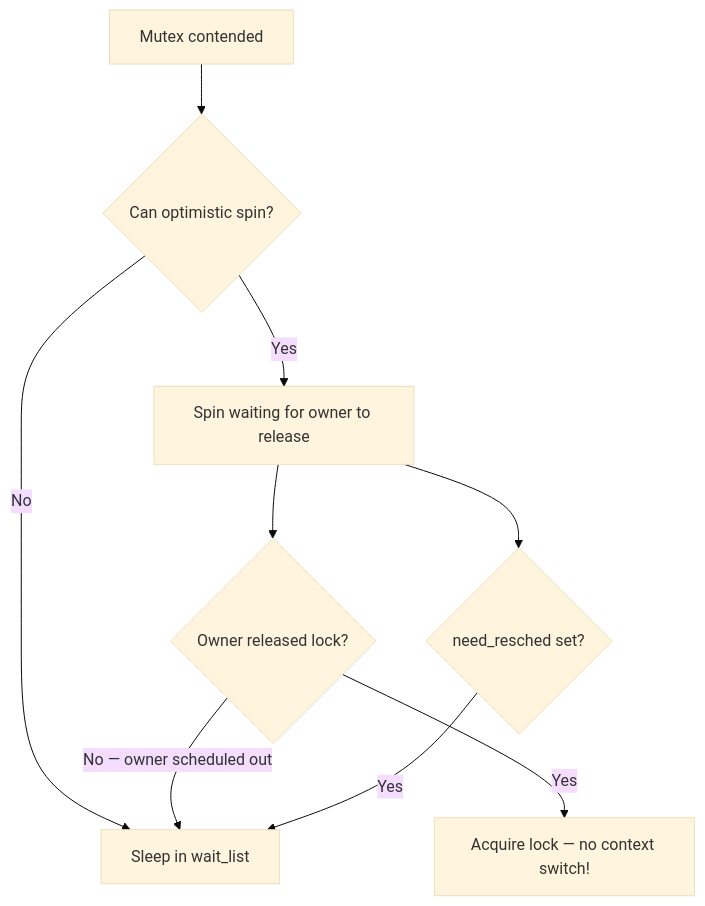
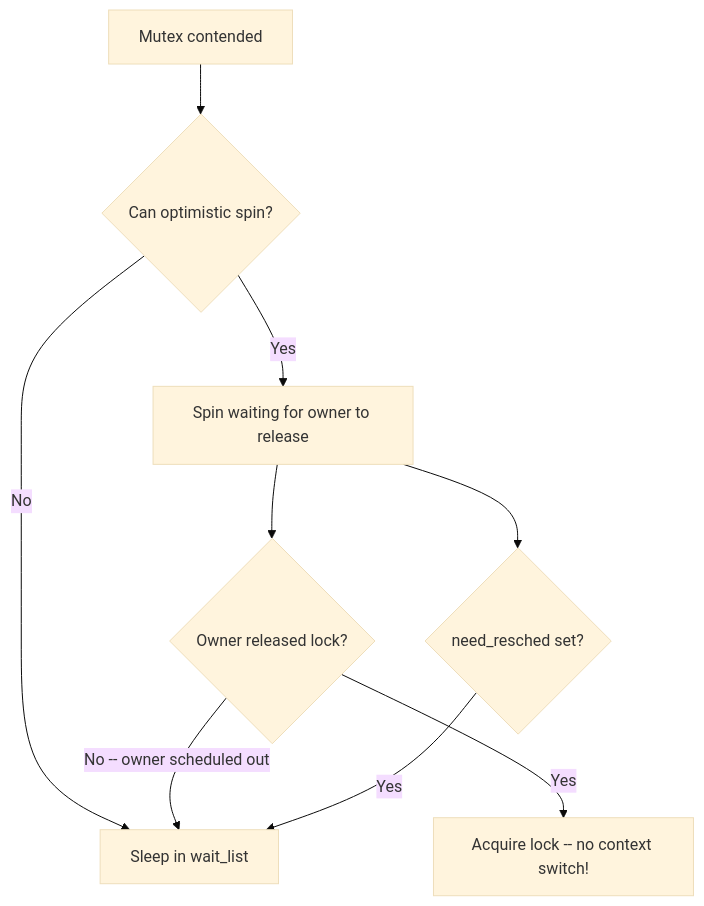
The second of 3 diagrams in src/kernel/sync/mutexes.md (Abhinav-Kumar012/lb2), drawn with Mermaid (base theme) before and after one commit. The commit also changed other lines of this file and 211 other files, not shown here.

First line of the commit message:
fix: mermaid syntax issues across 212 files

````diff
--- a/src/kernel/sync/mutexes.md
+++ b/src/kernel/sync/mutexes.md
@@ -219,11 +219,11 @@
 ```mermaid
 graph TD
     A[Mutex contended] --> B{Can optimistic spin?}
     B -->|No| C[Sleep in wait_list]
     B -->|Yes| D[Spin waiting for owner to release]
     D --> E{Owner released lock?}
-    E -->|Yes| F[Acquire lock — no context switch!]
-    E -->|No — owner scheduled out| C
+    E -->|Yes| F[Acquire lock -- no context switch!]
+    E -->|No -- owner scheduled out| C
     D --> G{need_resched set?}
     G -->|Yes| C
 ```
````
